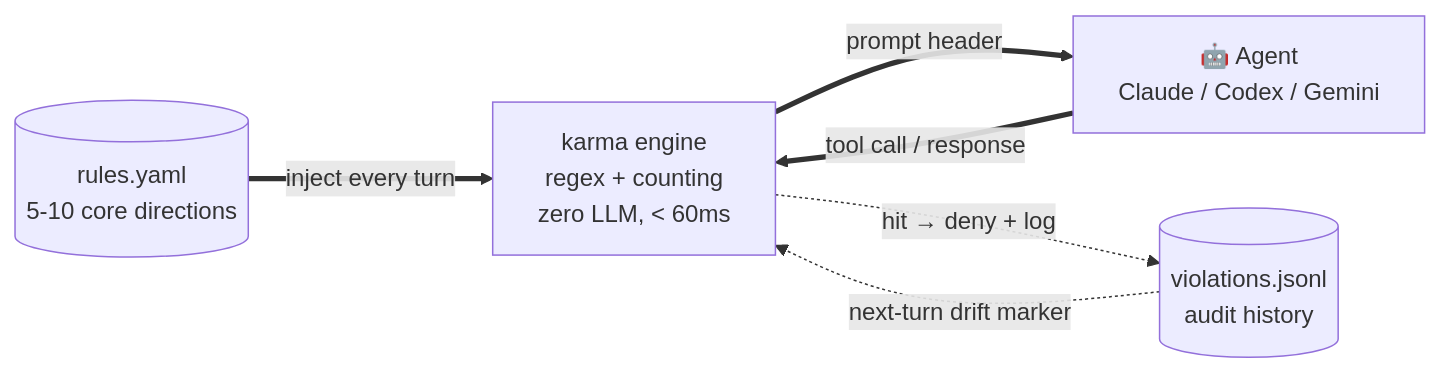
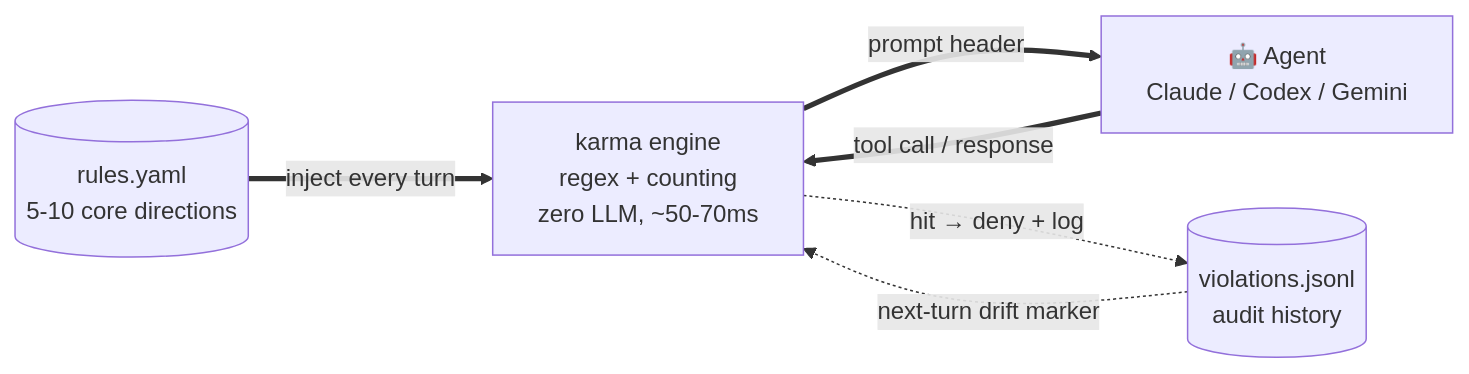
One commit to jhaizhou-ops/pinrule changed the first of 2 diagrams in README.md. Above: the diagram before and after it, drawn with Mermaid. The commit also changed other lines of this file and 1 other file, not shown here.

````diff
--- a/README.md
+++ b/README.md
@@ -258,13 +258,13 @@
 ```mermaid
 flowchart LR
     R[(rules.yaml<br/>5-10 core directions)]
-    K[karma engine<br/>regex + counting<br/>zero LLM, < 60ms]
+    K[karma engine<br/>regex + counting<br/>zero LLM, ~50-70ms]
     A[🤖 Agent<br/>Claude / Codex / Gemini]
     V[(violations.jsonl<br/>audit history)]
 
     R ==>|inject every turn| K
     K ==>|prompt header| A
     A ==>|tool call / response| K
     K -.->|hit → deny + log| V
     V -.->|next-turn drift marker| K
 ```
````
